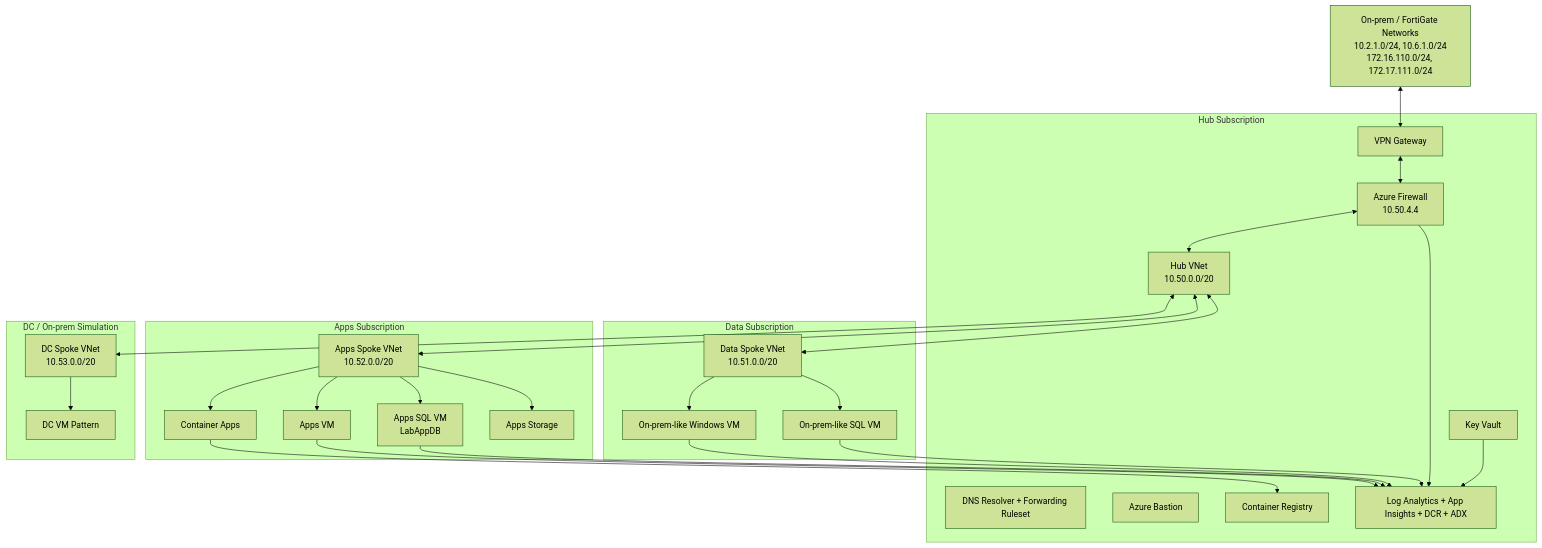
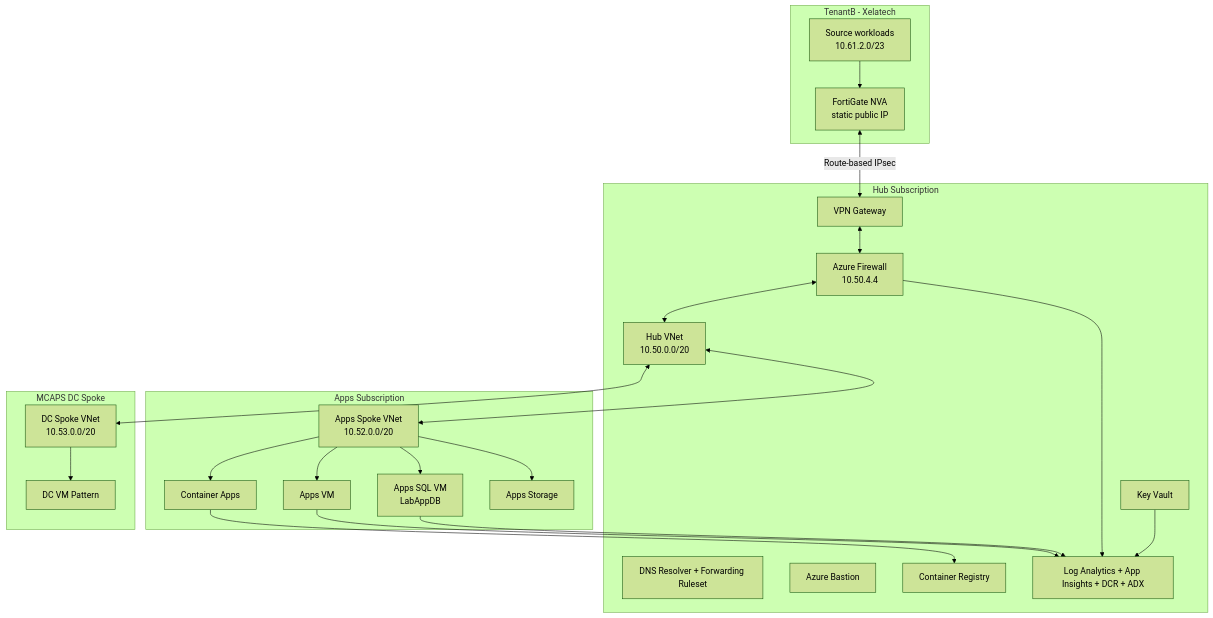
One commit to xela69/sre-demo changed the diagram in docs/sre-demo-onepager.md. Above: the diagram before and after it, drawn with Mermaid (forest theme). The commit also changed other lines of this file and 5 other files, not shown here.

````diff
--- a/docs/sre-demo-onepager.md
+++ b/docs/sre-demo-onepager.md
@@ -46,57 +65,50 @@
 ```mermaid
 flowchart TB
-  OnPrem[On-prem / FortiGate Networks\n10.2.1.0/24, 10.6.1.0/24\n172.16.110.0/24, 172.17.111.0/24]
+  subgraph TenantB[TenantB - Xelatech]
+    FortiGate[FortiGate NVA\nstatic public IP]
+    Source[Source workloads\n10.61.2.0/23]
+    Source --> FortiGate
+  end
 
   subgraph HubSub[Hub Subscription]
     HubVNet[Hub VNet\n10.50.0.0/20]
     FW[Azure Firewall\n10.50.4.4]
     VPN[VPN Gateway]
     DNS[DNS Resolver + Forwarding Ruleset]
     Bastion[Azure Bastion]
     KV[Key Vault]
     ACR[Container Registry]
     MON[Log Analytics + App Insights + DCR + ADX]
   end
 
   subgraph AppsSub[Apps Subscription]
     AppsVNet[Apps Spoke VNet\n10.52.0.0/20]
     AppsVM[Apps VM]
     AppsSQL[Apps SQL VM\nLabAppDB]
     ACA[Container Apps]
     AppsStorage[Apps Storage]
   end
 
-  subgraph DataSub[Data Subscription]
-    DataVNet[Data Spoke VNet\n10.51.0.0/20]
-    DataWin[On-prem-like Windows VM]
-    DataSQL[On-prem-like SQL VM]
-  end
-
-  subgraph DCSub[DC / On-prem Simulation]
+  subgraph DCSub[MCAPS DC Spoke]
     DCVNet[DC Spoke VNet\n10.53.0.0/20]
     DCVM[DC VM Pattern]
   end
 
-  OnPrem <--> VPN
+  FortiGate <-->|Route-based IPsec| VPN
   VPN <--> FW
   FW <--> HubVNet
   HubVNet <--> AppsVNet
-  HubVNet <--> DataVNet
   HubVNet <--> DCVNet
 
   AppsVNet --> AppsVM
   AppsVNet --> AppsSQL
   AppsVNet --> ACA
   AppsVNet --> AppsStorage
-  DataVNet --> DataWin
-  DataVNet --> DataSQL
   DCVNet --> DCVM
 
   ACA --> ACR
   AppsVM --> MON
   AppsSQL --> MON
-  DataWin --> MON
-  DataSQL --> MON
   FW --> MON
   KV --> MON
 ```
````
